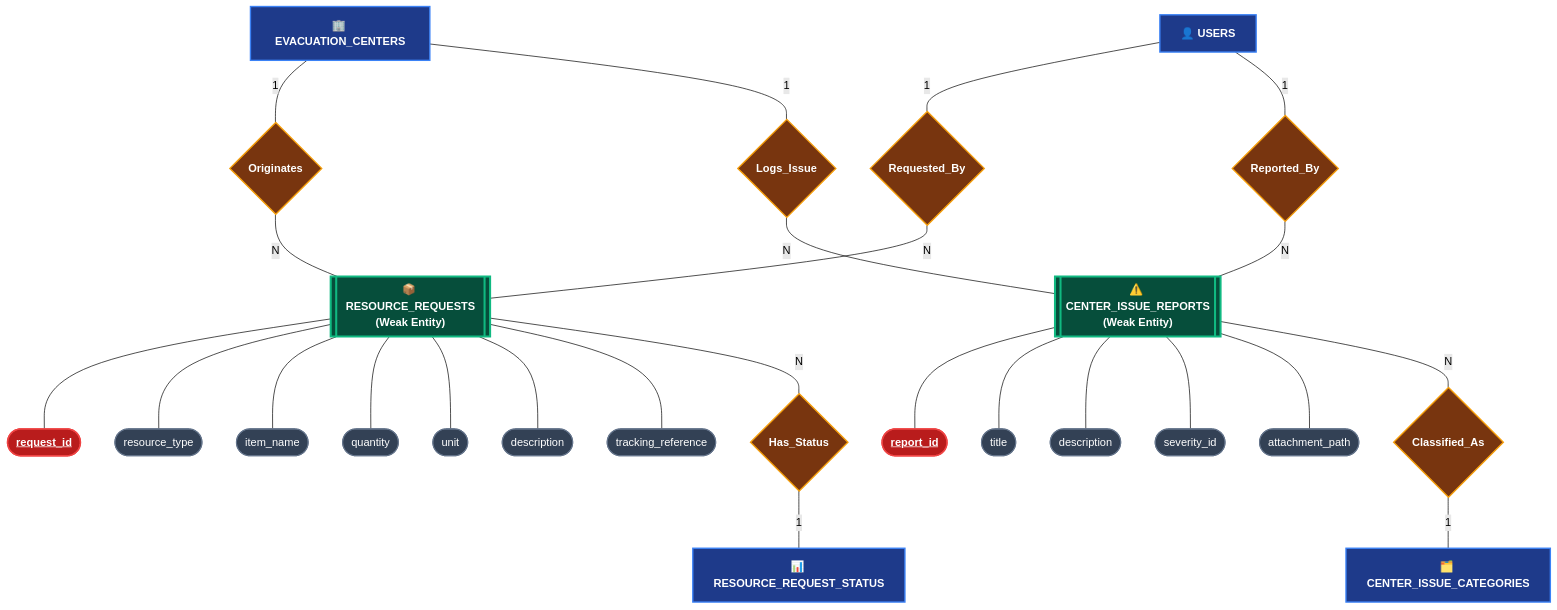
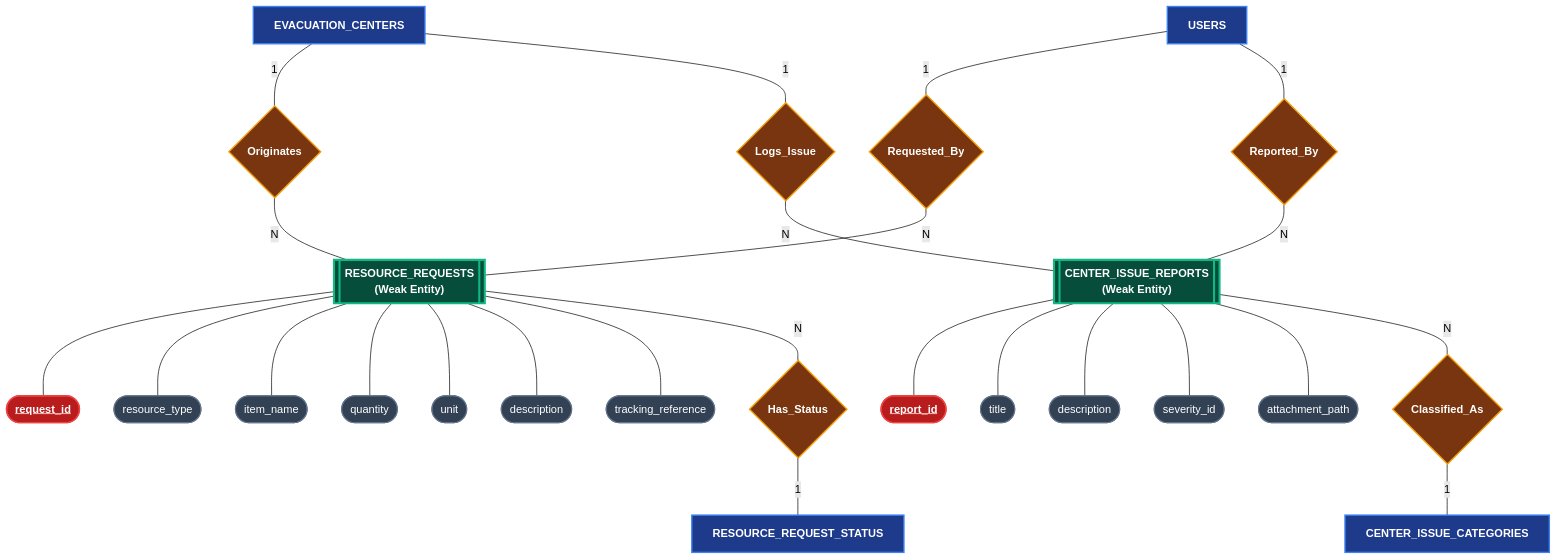
One commit to klint-droid/EvaTrack changed the fifth of 5 diagrams in docs/erd.md. Above: the diagram before and after it, drawn with Mermaid (forest theme). The commit also changed other lines of this file, not shown here.

Commit message:
docs(erd): remove icons and format clean Chen notation

````diff
--- a/docs/erd.md
+++ b/docs/erd.md
@@ -366,74 +366,74 @@
 ```mermaid
 flowchart TD
 
     %% ── Entities ──
-    EC["🏢 EVACUATION_CENTERS"]:::strongEntity
-    USER["👤 USERS"]:::strongEntity
-    RR[["📦 RESOURCE_REQUESTS\n(Weak Entity)"]]:::weakEntity
-    CIR[["⚠️ CENTER_ISSUE_REPORTS\n(Weak Entity)"]]:::weakEntity
-    RR_STAT["📊 RESOURCE_REQUEST_STATUS"]:::strongEntity
-    CI_CAT["🗂️ CENTER_ISSUE_CATEGORIES"]:::strongEntity
+    EC["EVACUATION_CENTERS"]:::strongEntity
+    USER["USERS"]:::strongEntity
+    RR[["RESOURCE_REQUESTS\n(Weak Entity)"]]:::weakEntity
+    CIR[["CENTER_ISSUE_REPORTS\n(Weak Entity)"]]:::weakEntity
+    RR_STAT["RESOURCE_REQUEST_STATUS"]:::strongEntity
+    CI_CAT["CENTER_ISSUE_CATEGORIES"]:::strongEntity
 
     %% ── Resource Request Attributes ──
     A_RR_ID(["<u>request_id</u>"]):::pkOval
     A_RR_TYPE(["resource_type"]):::attrOval
     A_RR_ITEM(["item_name"]):::attrOval
     A_RR_QTY(["quantity"]):::attrOval
     A_RR_UNIT(["unit"]):::attrOval
     A_RR_DESC(["description"]):::attrOval
     A_RR_REF(["tracking_reference"]):::attrOval
 
     RR --- A_RR_ID
     RR --- A_RR_TYPE
     RR --- A_RR_ITEM
     RR --- A_RR_QTY
     RR --- A_RR_UNIT
     RR --- A_RR_DESC
     RR --- A_RR_REF
 
     %% ── Issue Report Attributes ──
     A_CI_ID(["<u>report_id</u>"]):::pkOval
     A_CI_TITLE(["title"]):::attrOval
     A_CI_DESC(["description"]):::attrOval
     A_CI_SEV(["severity_id"]):::attrOval
     A_CI_ATT(["attachment_path"]):::attrOval
 
     CIR --- A_CI_ID
     CIR --- A_CI_TITLE
     CIR --- A_CI_DESC
     CIR --- A_CI_SEV
     CIR --- A_CI_ATT
 
     %% ── Relationships ──
     R_RQ_CTR{"Originates"}:::relDiamond
     R_RQ_USR{"Requested_By"}:::relDiamond
     R_RQ_ST{"Has_Status"}:::relDiamond
 
     R_CI_CTR{"Logs_Issue"}:::relDiamond
     R_CI_USR{"Reported_By"}:::relDiamond
     R_CI_CAT{"Classified_As"}:::relDiamond
 
     EC ---|1| R_RQ_CTR
     R_RQ_CTR ---|N| RR
 
     USER ---|1| R_RQ_USR
     R_RQ_USR ---|N| RR
 
     RR ---|N| R_RQ_ST
     R_RQ_ST ---|1| RR_STAT
 
     EC ---|1| R_CI_CTR
     R_CI_CTR ---|N| CIR
 
     USER ---|1| R_CI_USR
     R_CI_USR ---|N| CIR
 
     CIR ---|N| R_CI_CAT
     R_CI_CAT ---|1| CI_CAT
 
     classDef strongEntity fill:#1e3a8a,stroke:#3b82f6,stroke-width:2px,color:#fff,font-weight:bold
     classDef weakEntity   fill:#064e3b,stroke:#10b981,stroke-width:3px,color:#fff,font-weight:bold
     classDef relDiamond   fill:#78350f,stroke:#f59e0b,stroke-width:2px,color:#fff,font-weight:bold
     classDef pkOval       fill:#b91c1c,stroke:#ef4444,stroke-width:2px,color:#fff,font-weight:bold
     classDef attrOval     fill:#334155,stroke:#64748b,stroke-width:1.5px,color:#fff
 ```
````
